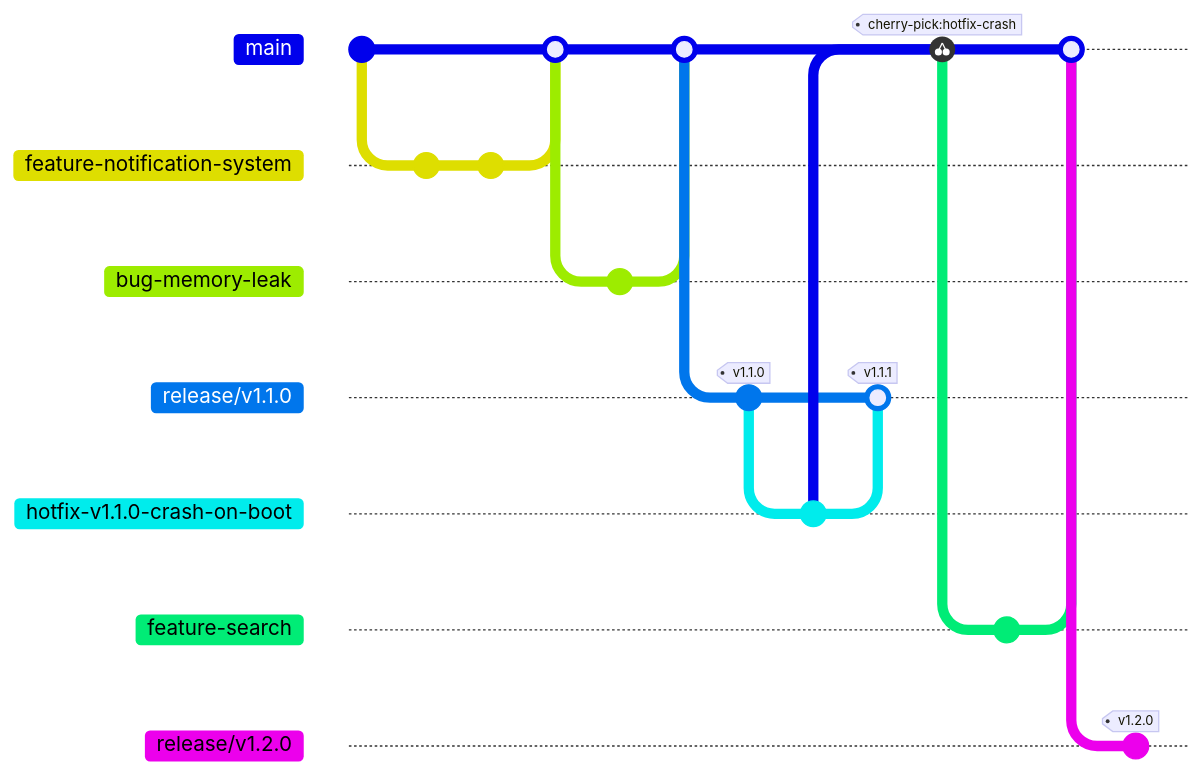
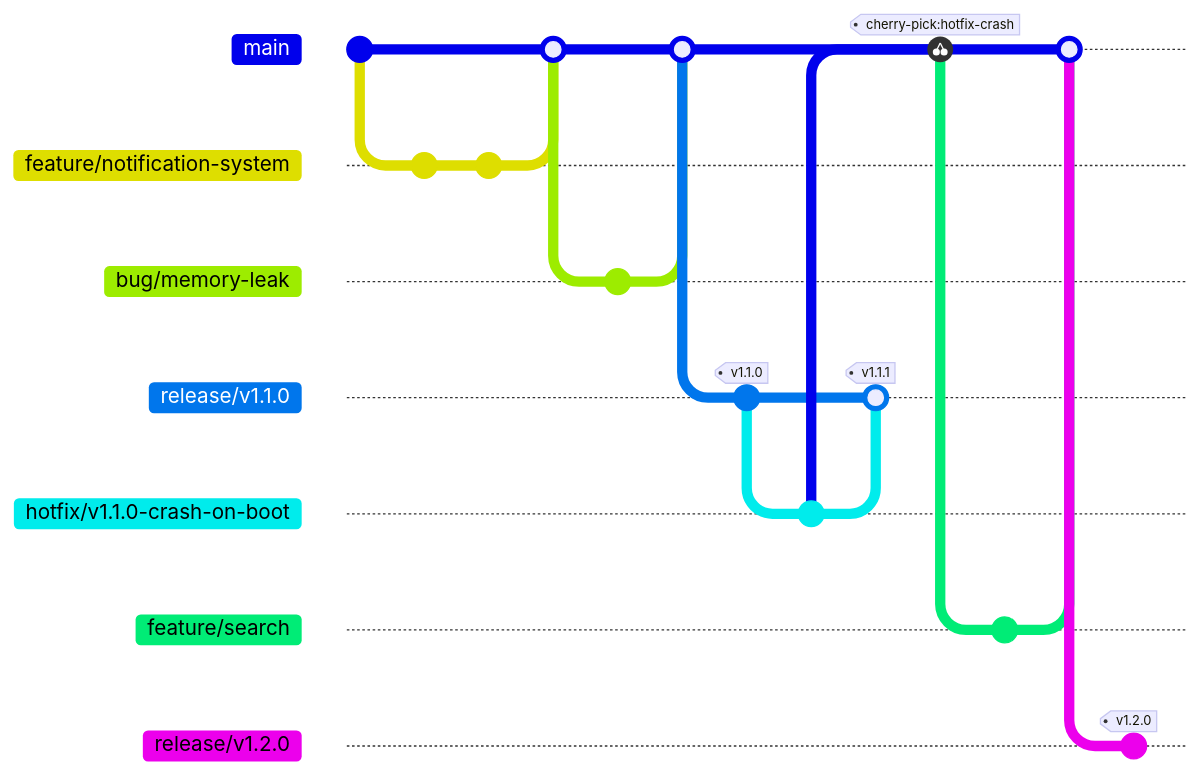
One commit to andrew54068/git-regulation changed the diagram in docs/hit-branch-strategy-and-github-manual.md. Above: the diagram before and after it, drawn with Mermaid. The commit also changed other lines of this file, not shown here. Commit ids are hidden.

First line of the commit message:
[chore] Unify branch naming to slash form and add [hotfix] commit type

````diff
--- a/docs/hit-branch-strategy-and-github-manual.md
+++ b/docs/hit-branch-strategy-and-github-manual.md
@@ -38,28 +38,28 @@
 ```mermaid
 %%{init: {'gitGraph': {'showCommitLabel': false, 'mainBranchName': 'main'}} }%%
 gitGraph
     commit
-    branch feature-notification-system
+    branch "feature/notification-system"
     commit
     commit
     checkout main
-    merge feature-notification-system
-    branch bug-memory-leak
+    merge "feature/notification-system"
+    branch "bug/memory-leak"
     commit
     checkout main
-    merge bug-memory-leak
+    merge "bug/memory-leak"
     branch "release/v1.1.0"
     commit tag: "v1.1.0"
-    branch hotfix-v1.1.0-crash-on-boot
+    branch "hotfix/v1.1.0-crash-on-boot"
     commit id: "hotfix-crash"
     checkout "release/v1.1.0"
-    merge hotfix-v1.1.0-crash-on-boot tag: "v1.1.1"
+    merge "hotfix/v1.1.0-crash-on-boot" tag: "v1.1.1"
     checkout main
     cherry-pick id: "hotfix-crash"
-    branch feature-search
+    branch "feature/search"
     commit
     checkout main
-    merge feature-search
+    merge "feature/search"
     branch "release/v1.2.0"
     commit tag: "v1.2.0"
 ```
````
